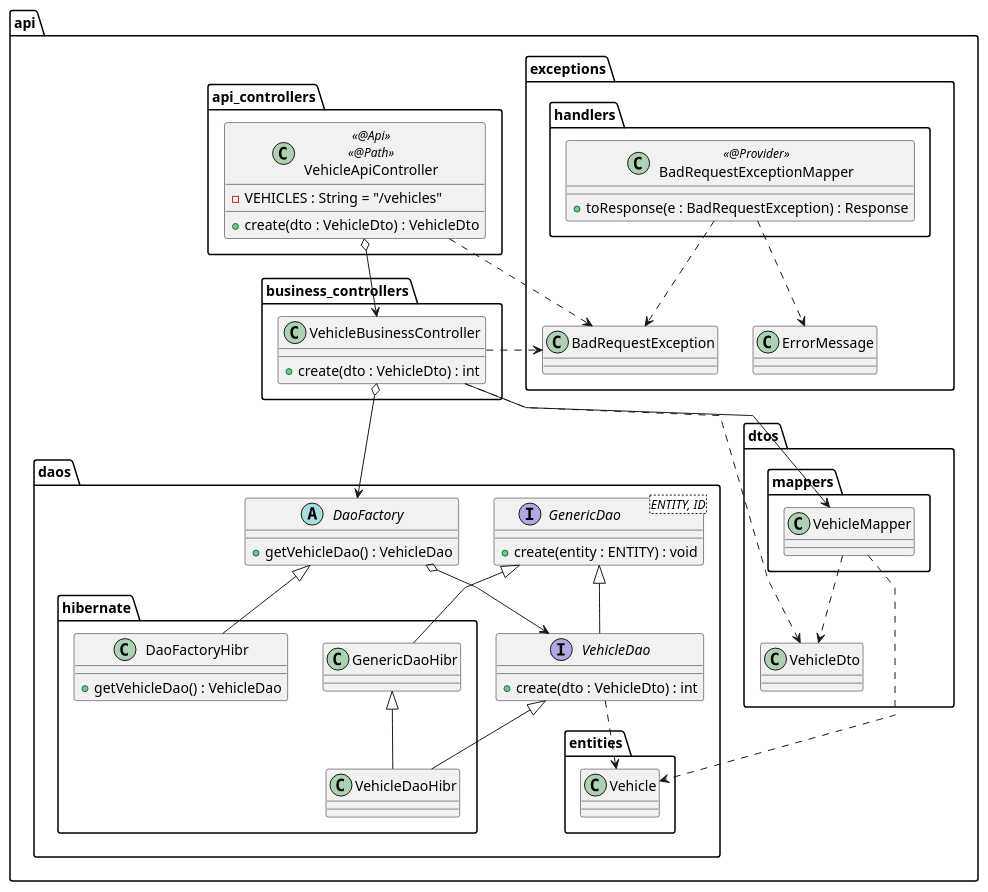
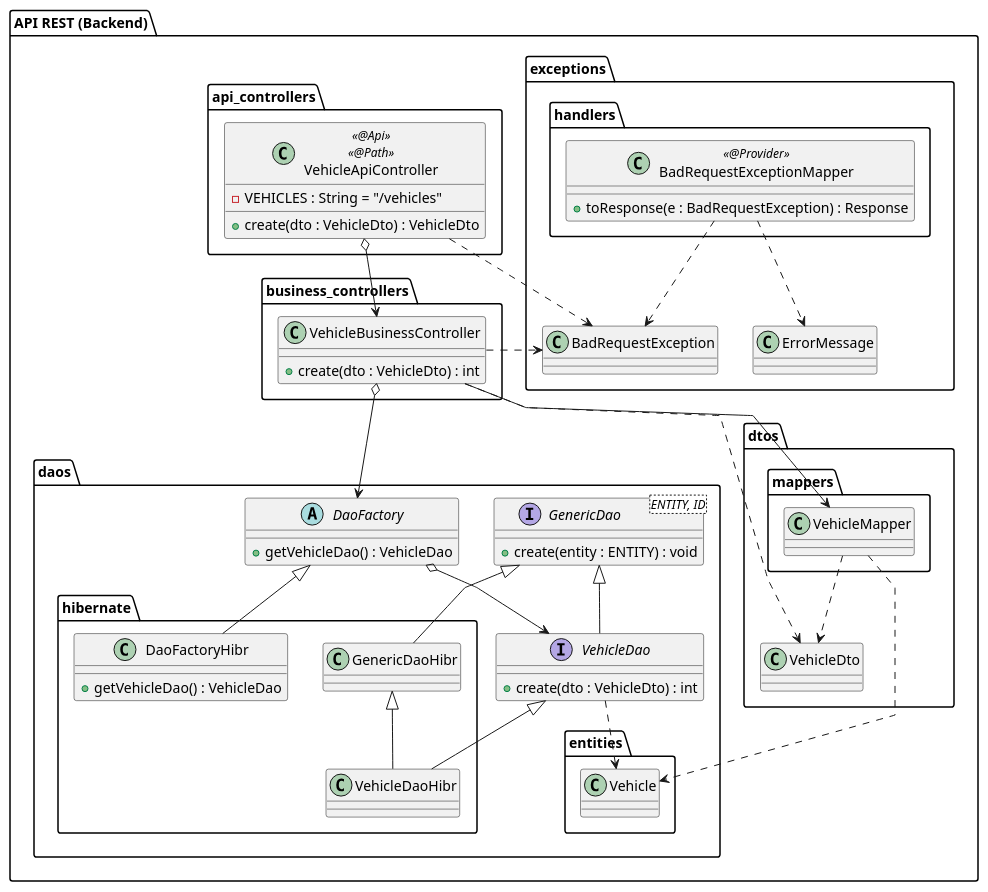
One commit to Ruskab/agrimManager changed the diagram in documentation/3design/architecture/puml/api-layer-web-architecture-vehicle-resorce.puml. Above: the diagram before and after it, drawn with PlantUML. The commit also changed 9 other files, not shown here.

```diff
--- a/documentation/3design/architecture/puml/api-layer-web-architecture-vehicle-resorce.puml
+++ b/documentation/3design/architecture/puml/api-layer-web-architecture-vehicle-resorce.puml
@@ -1,99 +1,99 @@
 @startuml
 skinparam linetype polyline
 allow_mixing
 
 
-package api {
+package api as "API REST (Backend)"{
 
         package exceptions {
             package handlers {
                 Class BadRequestExceptionMapper <<@Provider>> {
                     + toResponse(e : BadRequestException) : Response
                 }
             }
             class BadRequestException
 
             class ErrorMessage
 
         }
 
         package api_controllers {
             class VehicleApiController <<@Api>><<@Path>> {
                 - VEHICLES : String = "/vehicles"
                 + create(dto : VehicleDto) : VehicleDto
             }
         }
 
         package business_controllers {
             class VehicleBusinessController {
                 + create(dto : VehicleDto) : int
             }
         }
 
 
 
         package daos {
             interface VehicleDao {
                         + create(dto : VehicleDto) : int
             }
 
             interface GenericDao <ENTITY, ID> {
                 + create(entity : ENTITY) : void
             }
 
             abstract DaoFactory {
                 + getVehicleDao() : VehicleDao
             }
 
 
 
             package hibernate {
 
                 class VehicleDaoHibr
 
                 class GenericDaoHibr
 
                 class DaoFactoryHibr {
                     + getVehicleDao() : VehicleDao
                 }
             }
 
             package entities {
                 class Vehicle
             }
 
         }
 
         package dtos {
             class VehicleDto
 
             package mappers {
                 class VehicleMapper
             }
 
         }
 
 
 }
 
 
 VehicleApiController o--> VehicleBusinessController
 VehicleBusinessController o--> DaoFactory
 VehicleBusinessController ..> VehicleDto
 VehicleBusinessController --> VehicleMapper
 VehicleApiController .right.> BadRequestException
 VehicleBusinessController .right.> BadRequestException
 VehicleDao ..> Vehicle
 VehicleMapper ..> Vehicle
 VehicleMapper ..> VehicleDto
 
 BadRequestExceptionMapper ..> BadRequestException
 BadRequestExceptionMapper ..> ErrorMessage
 VehicleDao <|-- VehicleDaoHibr
 GenericDaoHibr <|-- VehicleDaoHibr
 GenericDao <|-- GenericDaoHibr
 GenericDao <|-- VehicleDao
 DaoFactory <|-- DaoFactoryHibr
 DaoFactory o--> VehicleDao
 
 @enduml
```
